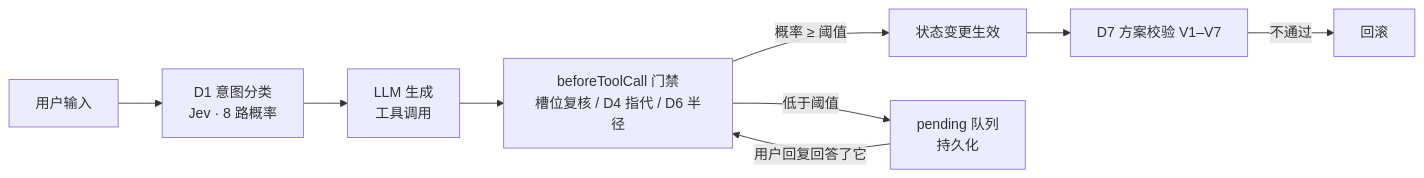
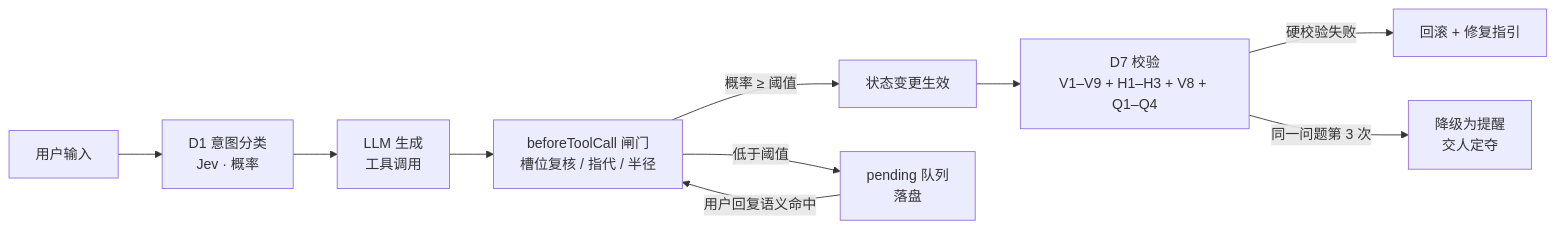
The diagram in README.zh-CN.md (evanpanlabs-design/RiddleTripPlanner), drawn with Mermaid before and after one commit. The commit also changed other lines of this file and 1 other file, not shown here.

````diff
--- a/README.zh-CN.md
+++ b/README.zh-CN.md
@@ -82,11 +105,12 @@
 ```mermaid
 flowchart LR
-    U[用户输入] --> D1[D1 意图分类<br/>Jev · 8 路概率]
+    U[用户输入] --> D1[D1 意图分类<br/>Jev · 概率]
     D1 --> GEN[LLM 生成<br/>工具调用]
-    GEN --> GATE[beforeToolCall 门禁<br/>槽位复核 / D4 指代 / D6 半径]
+    GEN --> GATE[beforeToolCall 闸门<br/>槽位复核 / 指代 / 半径]
     GATE -->|概率 ≥ 阈值| APPLY[状态变更生效]
-    GATE -->|低于阈值| PQ[pending 队列<br/>持久化]
-    PQ -->|用户回复回答了它| GATE
-    APPLY --> D7[D7 方案校验 V1–V7]
-    D7 -->|不通过| RB[回滚]
+    GATE -->|低于阈值| PQ[pending 队列<br/>落盘]
+    PQ -->|用户回复语义命中| GATE
+    APPLY --> D7[D7 校验<br/>V1–V9 + H1–H3 + V8 + Q1–Q4]
+    D7 -->|硬校验失败| RB[回滚 + 修复指引]
+    D7 -->|同一问题第 3 次| ADV[降级为提醒<br/>交人定夺]
 ```
````
